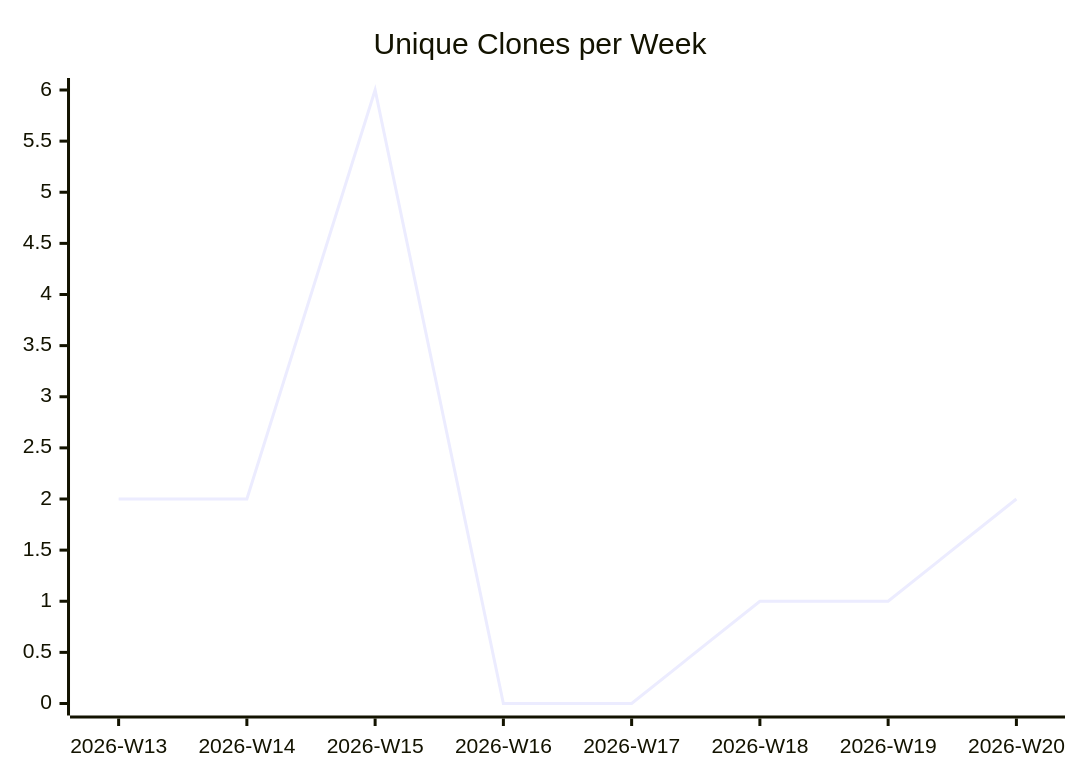
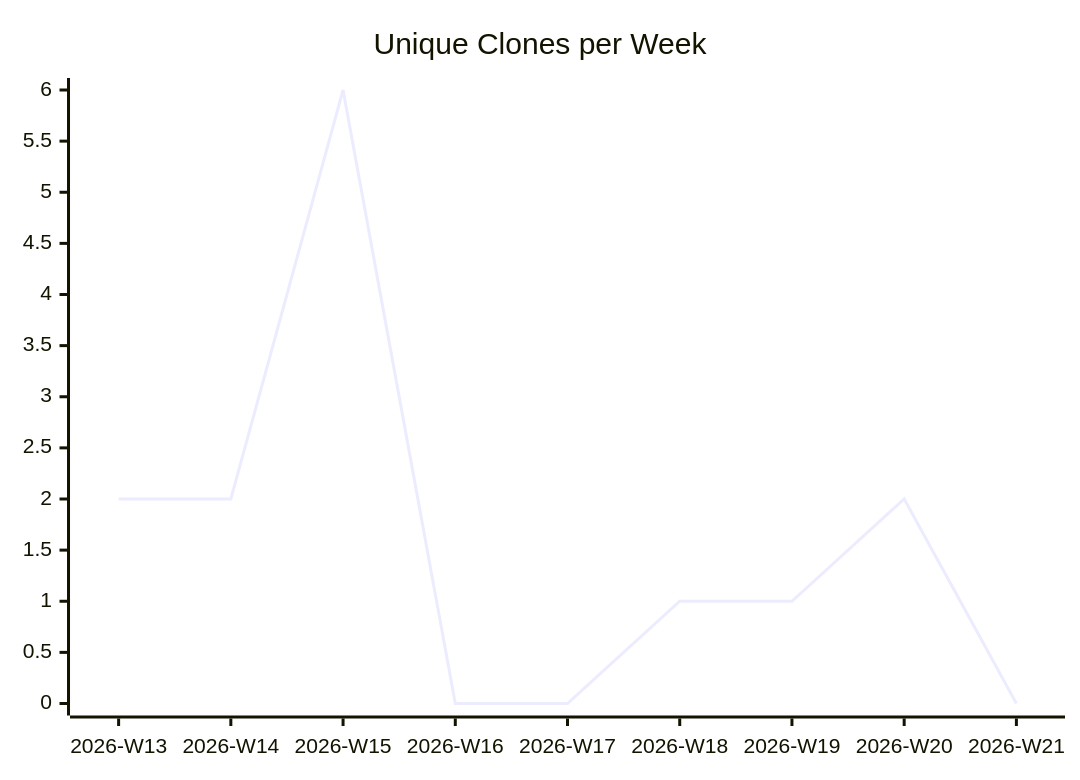
Before and after one commit to justdavis-family/github-analytics-data: the third of 3 diagrams in karlmdavis/m2e-core-tests/README.md, drawn with Mermaid. The commit also changed other lines of this file and 189 other files, not shown here.

````diff
--- a/karlmdavis/m2e-core-tests/README.md
+++ b/karlmdavis/m2e-core-tests/README.md
@@ -19,6 +19,6 @@
 ```mermaid
 xychart-beta
   title "Unique Clones per Week"
-  x-axis ["2026-W13", "2026-W14", "2026-W15", "2026-W16", "2026-W17", "2026-W18", "2026-W19", "2026-W20"]
-  line [2, 2, 6, 0, 0, 1, 1, 2]
+  x-axis ["2026-W13", "2026-W14", "2026-W15", "2026-W16", "2026-W17", "2026-W18", "2026-W19", "2026-W20", "2026-W21"]
+  line [2, 2, 6, 0, 0, 1, 1, 2, 0]
 ```
````
